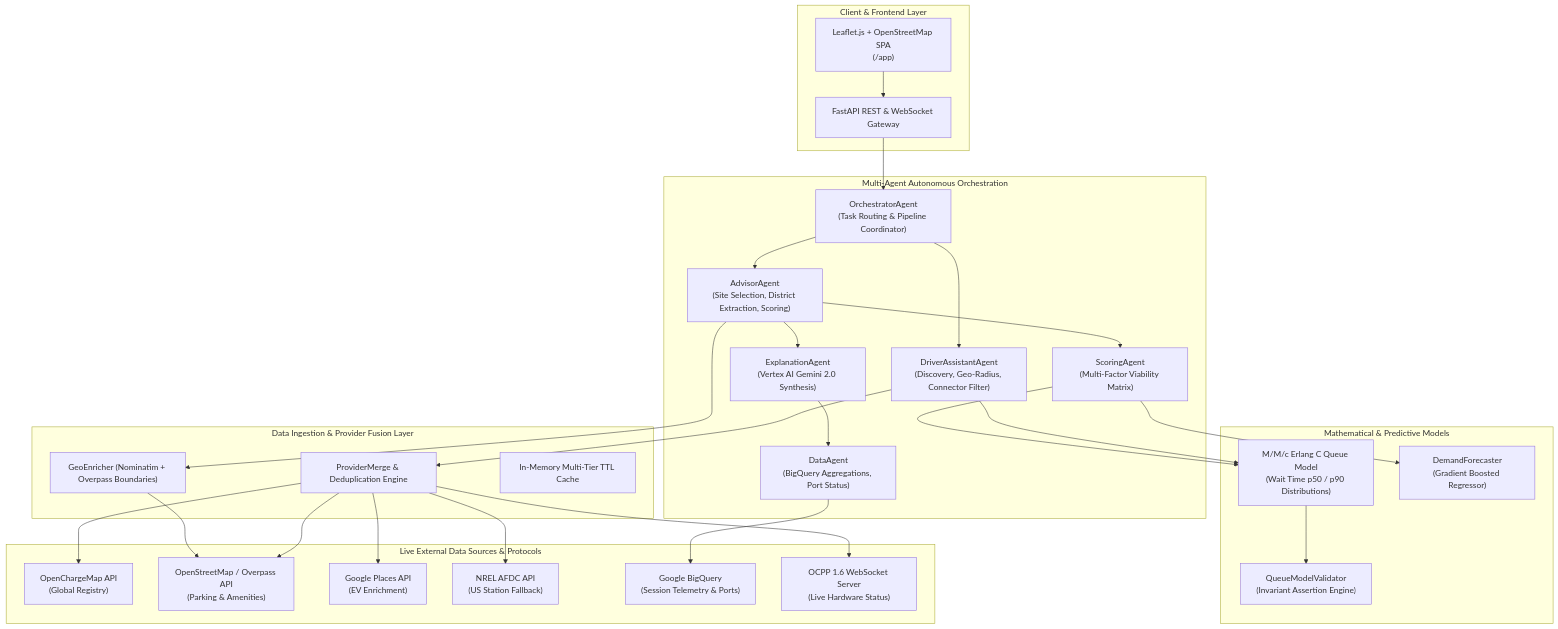
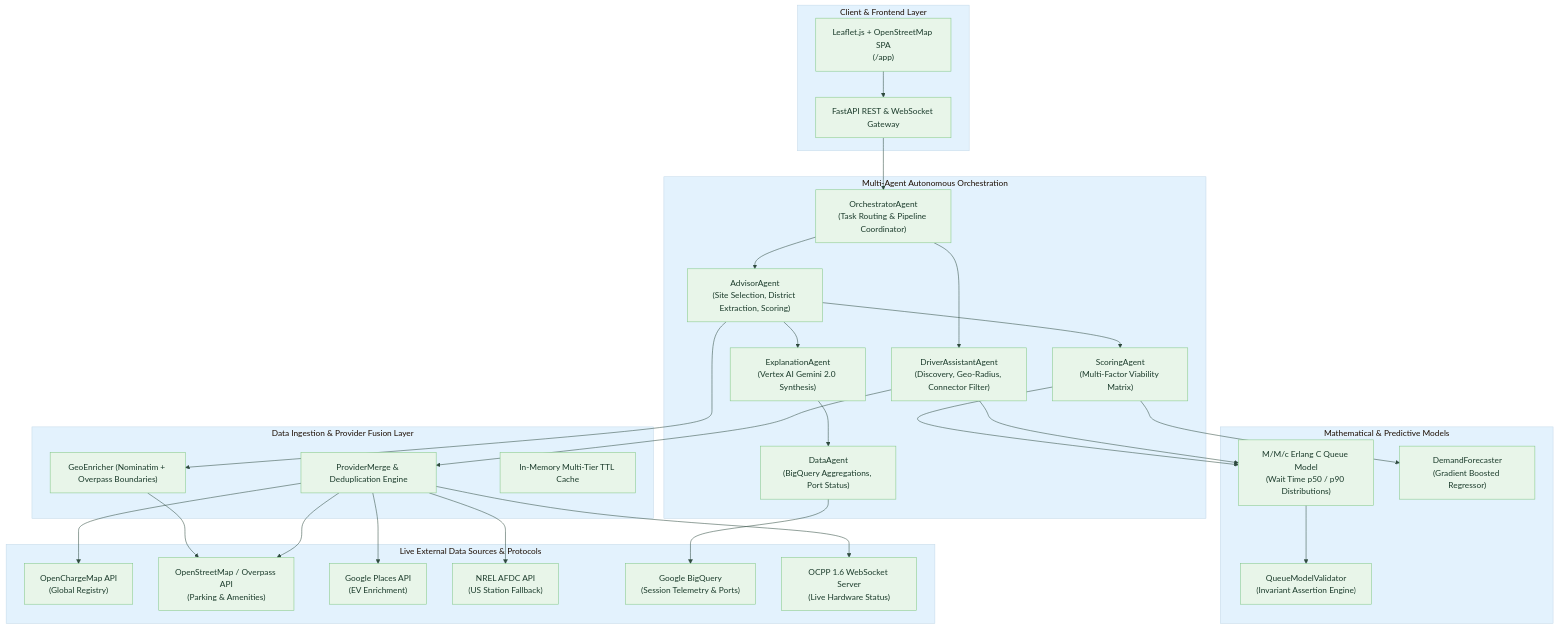
Before and after one commit to HARSH0177/EV-spatial-intelligence-Engine: the diagram in README.md, drawn with Mermaid. The commit also changed other lines of this file and 4 other files, not shown here.

Commit message:
docs: add About section and light-theme pastel visual diagrams (hero banner, architecture, queue flow, data provenance)

````diff
--- a/README.md
+++ b/README.md
@@ -37,62 +57,63 @@
 ```mermaid
+%%{init: {'theme': 'base', 'themeVariables': { 'primaryColor': '#E8F5E9', 'primaryTextColor': '#1B3B2B', 'primaryBorderColor': '#81C784', 'lineColor': '#2E4A3E', 'secondaryColor': '#EDE7F6', 'tertiaryColor': '#E3F2FD' }}}%%
 graph TD
     subgraph ClientLayer ["Client & Frontend Layer"]
         UI["Leaflet.js + OpenStreetMap SPA<br/>(/app)"]
         API_GW["FastAPI REST & WebSocket Gateway"]
     end
 
     subgraph AgentLayer ["Multi-Agent Autonomous Orchestration"]
         ORCH["OrchestratorAgent<br/>(Task Routing & Pipeline Coordinator)"]
         DRIVER["DriverAssistantAgent<br/>(Discovery, Geo-Radius, Connector Filter)"]
         ADVISOR["AdvisorAgent<br/>(Site Selection, District Extraction, Scoring)"]
         DATA["DataAgent<br/>(BigQuery Aggregations, Port Status)"]
         SCORING["ScoringAgent<br/>(Multi-Factor Viability Matrix)"]
         EXPLAIN["ExplanationAgent<br/>(Vertex AI Gemini 2.0 Synthesis)"]
     end
 
     subgraph ModelLayer ["Mathematical & Predictive Models"]
         QUEUE["M/M/c Erlang C Queue Model<br/>(Wait Time p50 / p90 Distributions)"]
         FORECAST["DemandForecaster<br/>(Gradient Boosted Regressor)"]
         VALIDATOR["QueueModelValidator<br/>(Invariant Assertion Engine)"]
     end
 
     subgraph DataFusionLayer ["Data Ingestion & Provider Fusion Layer"]
         MERGE["ProviderMerge & Deduplication Engine"]
         GEO["GeoEnricher (Nominatim + Overpass Boundaries)"]
         CACHE["In-Memory Multi-Tier TTL Cache"]
     end
 
     subgraph ExternalSources ["Live External Data Sources & Protocols"]
         OCM["OpenChargeMap API<br/>(Global Registry)"]
         OSM["OpenStreetMap / Overpass API<br/>(Parking & Amenities)"]
         GPLACES["Google Places API<br/>(EV Enrichment)"]
         NREL["NREL AFDC API<br/>(US Station Fallback)"]
         BQ["Google BigQuery<br/>(Session Telemetry & Ports)"]
         OCPP["OCPP 1.6 WebSocket Server<br/>(Live Hardware Status)"]
     end
 
     UI --> API_GW
     API_GW --> ORCH
     ORCH --> DRIVER
     ORCH --> ADVISOR
 
     DRIVER --> MERGE
     DRIVER --> QUEUE
     ADVISOR --> GEO
     ADVISOR --> SCORING
     ADVISOR --> EXPLAIN
 
     SCORING --> QUEUE
     SCORING --> FORECAST
     EXPLAIN --> DATA
 
     MERGE --> OCM
     MERGE --> OSM
     MERGE --> GPLACES
     MERGE --> NREL
     MERGE --> OCPP
 
     GEO --> OSM
     DATA --> BQ
     QUEUE --> VALIDATOR
 ```
````
